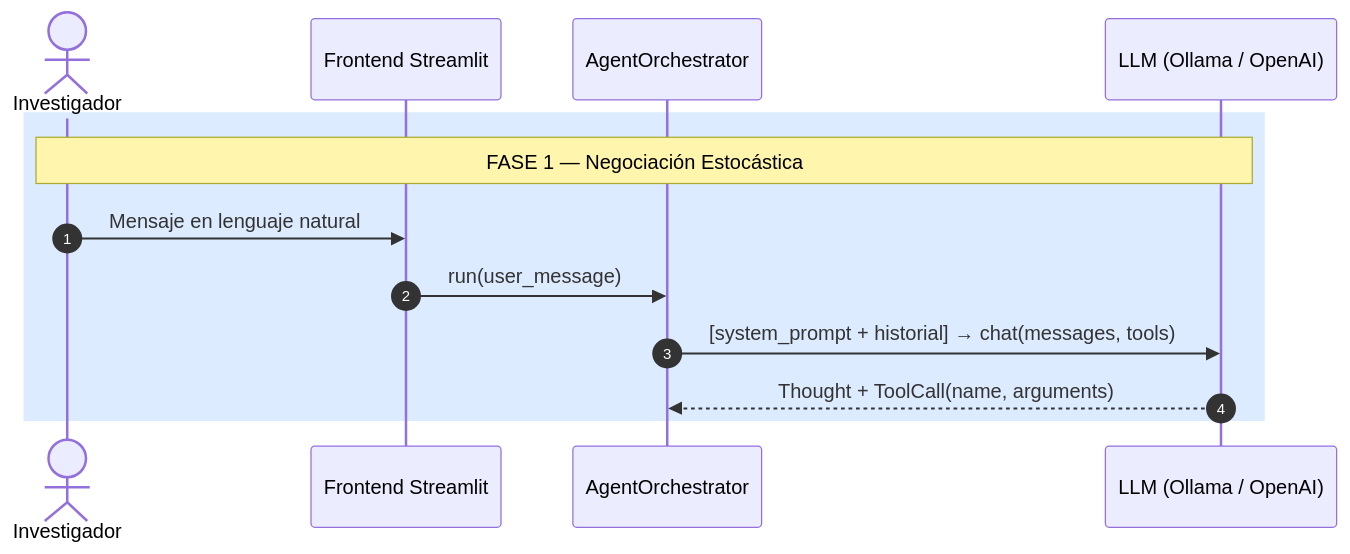
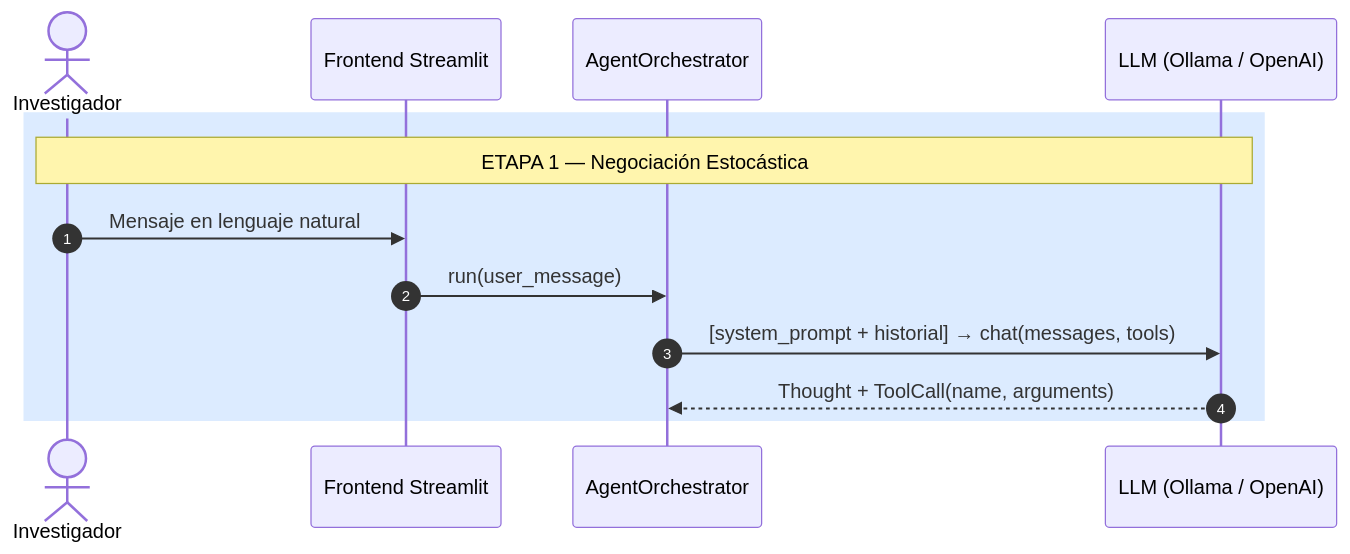
One commit to JesusSolisOrtega/agentic-deployer changed the sixth of 9 diagrams in memoria/4_Diseno_del_Sistema.md. Above: the diagram before and after it, drawn with Mermaid. The commit also changed other lines of this file and 15 other files, not shown here.

````diff
--- a/memoria/4_Diseno_del_Sistema.md
+++ b/memoria/4_Diseno_del_Sistema.md
@@ -443,16 +446,16 @@
 ```mermaid
 sequenceDiagram
   autonumber
   actor I as Investigador
   participant Chat as Frontend Streamlit
   participant Orch as AgentOrchestrator
   participant LLM as LLM (Ollama / OpenAI)
 
   rect rgb(220, 235, 255)
-    Note over I,LLM: FASE 1 — Negociación Estocástica
+    Note over I,LLM: ETAPA 1 — Negociación Estocástica
     I->>Chat: Mensaje en lenguaje natural
     Chat->>Orch: run(user_message)
     Orch->>LLM: [system_prompt + historial] → chat(messages, tools)
     LLM-->>Orch: Thought + ToolCall(name, arguments)
   end
 ```
````
